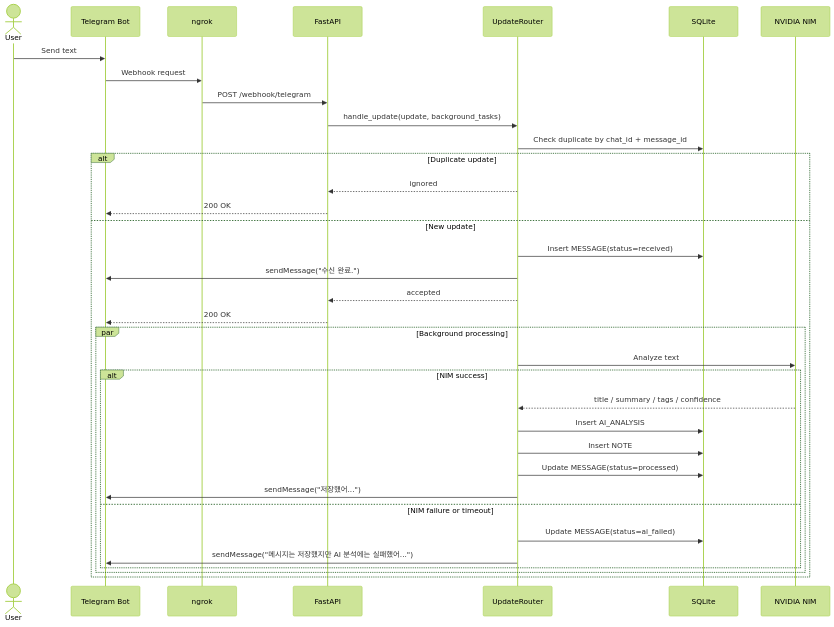
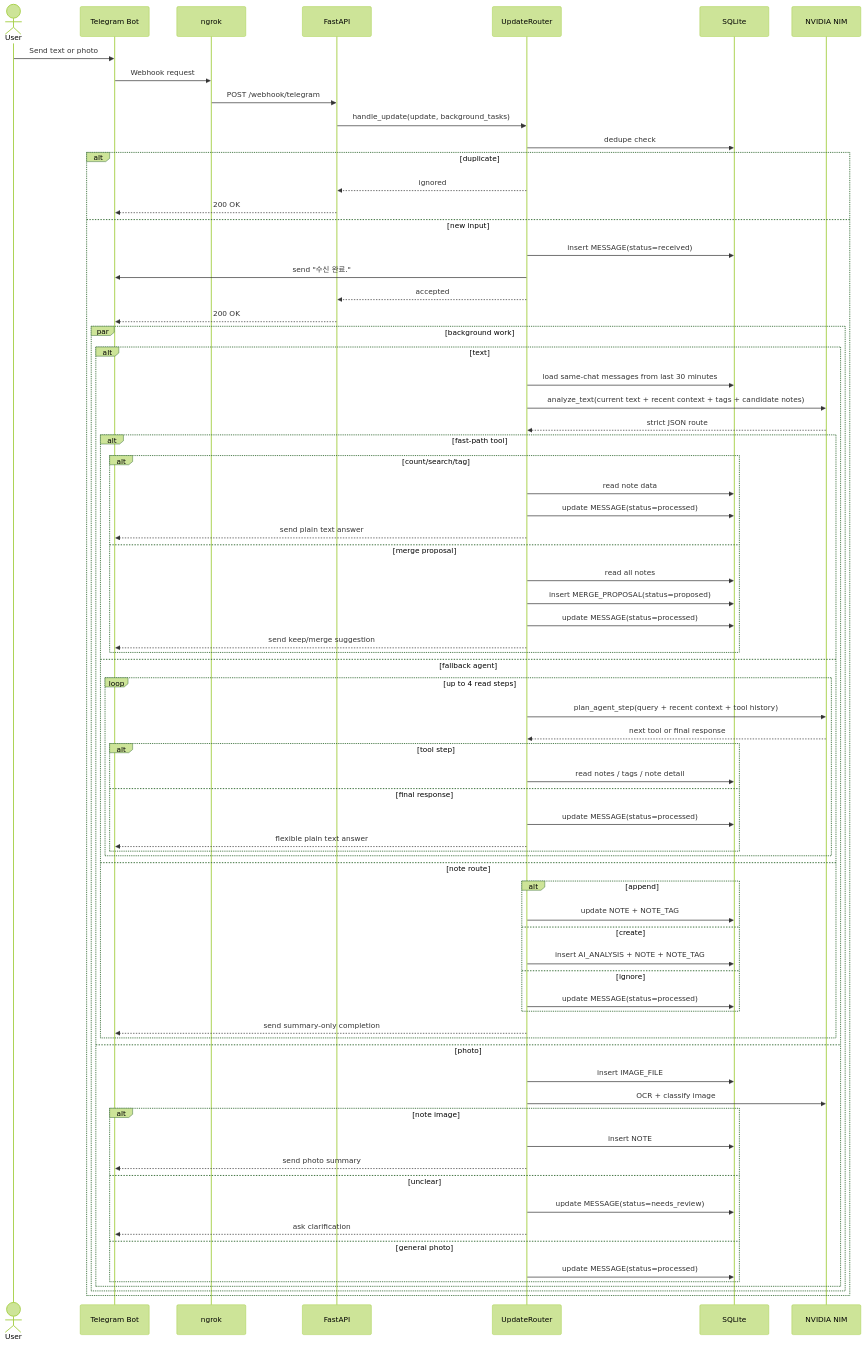
The second of 4 diagrams in docs/ARCHITECTURE.md (Transient-Onlooker/tg-note-agent), drawn with Mermaid (forest theme) before and after one commit. The commit also changed other lines of this file and 21 other files, not shown here.

````diff
--- a/docs/ARCHITECTURE.md
+++ b/docs/ARCHITECTURE.md
@@ -26,40 +39,79 @@
 ```mermaid
 sequenceDiagram
     actor U as User
     participant T as Telegram Bot
     participant N as ngrok
     participant A as FastAPI
     participant R as UpdateRouter
     participant D as SQLite
     participant M as NVIDIA NIM
 
-    U->>T: Send text
+    U->>T: Send text or photo
     T->>N: Webhook request
     N->>A: POST /webhook/telegram
     A->>R: handle_update(update, background_tasks)
-    R->>D: Check duplicate by chat_id + message_id
+    R->>D: dedupe check
 
-    alt Duplicate update
+    alt duplicate
         R-->>A: ignored
         A-->>T: 200 OK
-    else New update
-        R->>D: Insert MESSAGE(status=received)
-        R->>T: sendMessage("수신 완료.")
+    else new input
+        R->>D: insert MESSAGE(status=received)
+        R->>T: send "수신 완료."
         R-->>A: accepted
         A-->>T: 200 OK
 
-        par Background processing
-            R->>M: Analyze text
-            alt NIM success
-                M-->>R: title / summary / tags / confidence
-                R->>D: Insert AI_ANALYSIS
-                R->>D: Insert NOTE
-                R->>D: Update MESSAGE(status=processed)
-                R->>T: sendMessage("저장했어...")
-            else NIM failure or timeout
-                R->>D: Update MESSAGE(status=ai_failed)
-                R->>T: sendMessage("메시지는 저장했지만 AI 분석에는 실패했어...")
+        par background work
+            alt text
+                R->>D: load same-chat messages from last 30 minutes
+                R->>M: analyze_text(current text + recent context + tags + candidate notes)
+                M-->>R: strict JSON route
+
+                alt fast-path tool
+                    alt count/search/tag
+                        R->>D: read note data
+                        R->>D: update MESSAGE(status=processed)
+                        R-->>T: send plain text answer
+                    else merge proposal
+                        R->>D: read all notes
+                        R->>D: insert MERGE_PROPOSAL(status=proposed)
+                        R->>D: update MESSAGE(status=processed)
+                        R-->>T: send keep/merge suggestion
+                    end
+                else fallback agent
+                    loop up to 4 read steps
+                        R->>M: plan_agent_step(query + recent context + tool history)
+                        M-->>R: next tool or final response
+                        alt tool step
+                            R->>D: read notes / tags / note detail
+                        else final response
+                            R->>D: update MESSAGE(status=processed)
+                            R-->>T: flexible plain text answer
+                        end
+                    end
+                else note route
+                    alt append
+                        R->>D: update NOTE + NOTE_TAG
+                    else create
+                        R->>D: insert AI_ANALYSIS + NOTE + NOTE_TAG
+                    else ignore
+                        R->>D: update MESSAGE(status=processed)
+                    end
+                    R-->>T: send summary-only completion
+                end
+            else photo
+                R->>D: insert IMAGE_FILE
+                R->>M: OCR + classify image
+                alt note image
+                    R->>D: insert NOTE
+                    R-->>T: send photo summary
+                else unclear
+                    R->>D: update MESSAGE(status=needs_review)
+                    R-->>T: ask clarification
+                else general photo
+                    R->>D: update MESSAGE(status=processed)
+                end
             end
         end
     end
 ```
````
